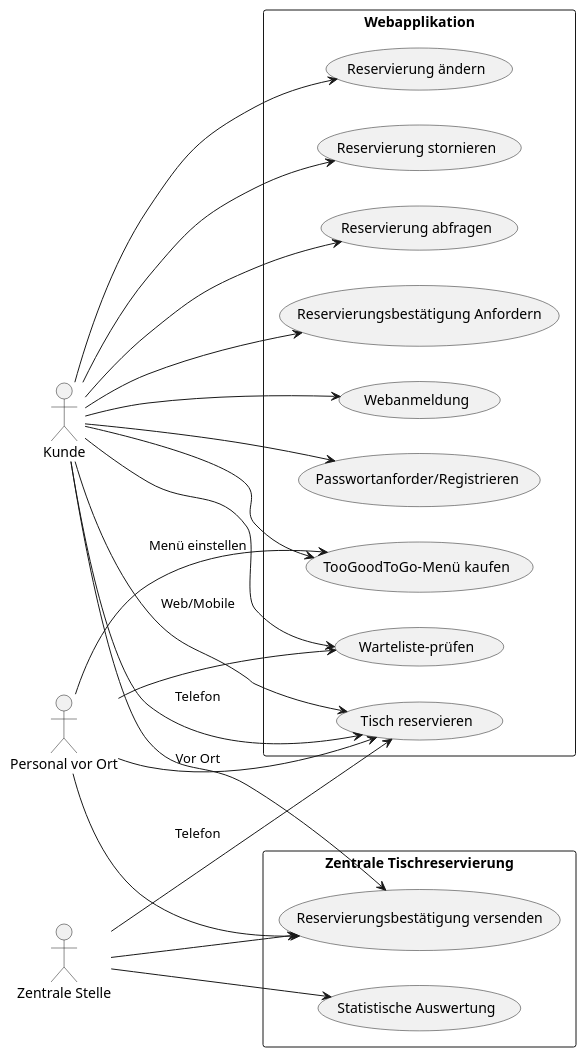
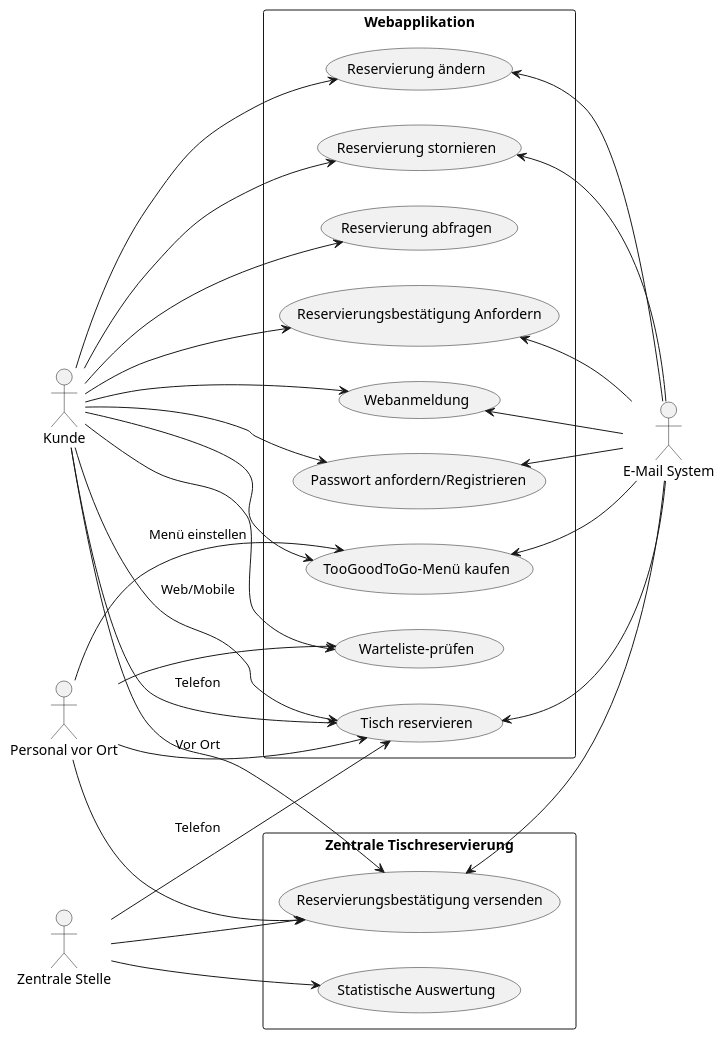
One commit to fischy93/UML_Hagenberg2024-2025 changed the diagram in uml.puml. Above: the diagram before and after it, drawn with PlantUML. The commit also changed other lines of this file, not shown here.

Commit message:
Added email system

```diff
--- a/uml.puml
+++ b/uml.puml
@@ -1,52 +1,57 @@
 @startuml
 left to right direction
 skinparam packageStyle rectangle
 
 actor "Kunde" as Customer
 actor "Personal vor Ort" as Staff
 actor "Zentrale Stelle" as CentralOffice
+actor "E-Mail System" as MailSystem 
 
 package "Webapplikation" {
     usecase "Tisch reservieren" as UC1
     usecase "Reservierung ändern" as UC2
     usecase "Reservierung stornieren" as UC3
     usecase "Reservierung abfragen" as UC4
     usecase "TooGoodToGo-Menü kaufen" as UC5
     usecase "Warteliste-prüfen" as UC8
     usecase "Reservierungsbestätigung Anfordern" as UC9
     usecase "Webanmeldung" as UC10
-    usecase "Passwortanforder/Registrieren" as UC11
-    
-
+    usecase "Passwort anfordern/Registrieren" as UC11
 }
 
 package "Zentrale Tischreservierung" {
     usecase "Reservierungsbestätigung versenden" as UC6
     usecase "Statistische Auswertung" as UC7
 }
 
 Customer --> UC1 : "Web/Mobile"
 Customer --> UC2
 Customer --> UC3
 Customer --> UC4
 Customer --> UC5
 Customer --> UC8
 Customer --> UC9
 Customer --> UC10
 Customer --> UC11
-
-
-
 Customer --> UC1 : "Telefon"
 Customer --> UC6
 
 Staff --> UC1 : "Vor Ort"
 Staff --> UC5 : "Menü einstellen"
 Staff --> UC6
 Staff --> UC8
 
 CentralOffice --> UC1 : "Telefon"
 CentralOffice --> UC6
 CentralOffice --> UC7
 
+UC1 <-- MailSystem
+UC2  <-- MailSystem
+UC3  <-- MailSystem
+UC5  <-- MailSystem
+UC6  <-- MailSystem
+UC9  <-- MailSystem
+UC10 <-- MailSystem
+UC11 <-- MailSystem
+
 @enduml
```
